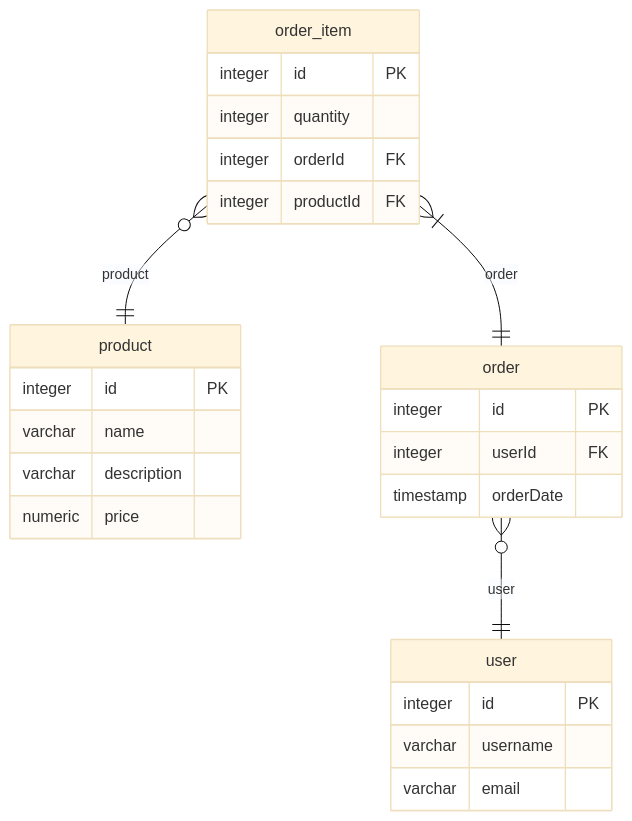
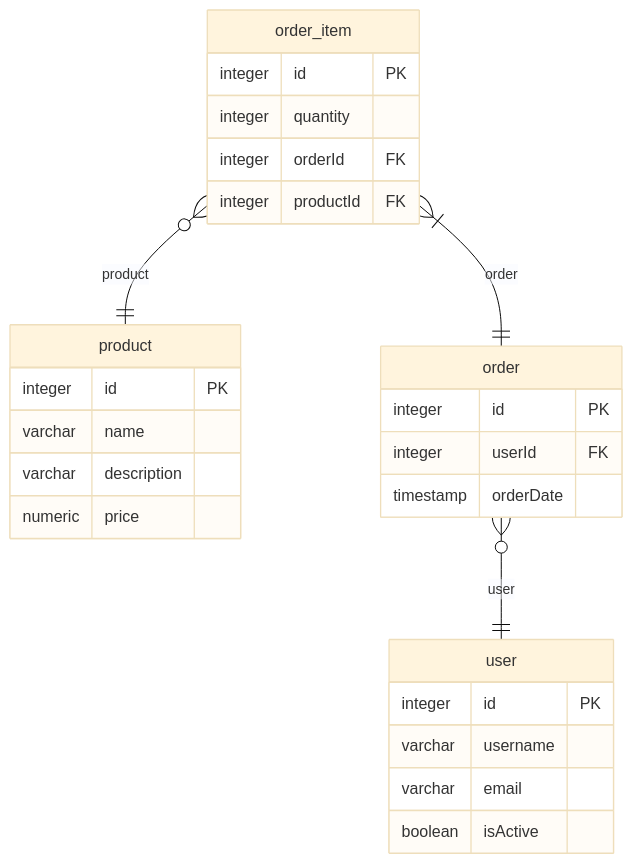
The second of 4 diagrams in test/test-nestjs-app/docs/postgres-erd.md (hermin9804/typeorm-markdown-generator), drawn with Mermaid (base theme) before and after one commit. The commit also changed other lines of this file and 10 other files, not shown here.

````diff
--- a/test/test-nestjs-app/docs/postgres-erd.md
+++ b/test/test-nestjs-app/docs/postgres-erd.md
@@ -62,28 +63,29 @@
 ```mermaid
 erDiagram
   product {
     integer id PK
     varchar name
     varchar description
     numeric price
   }
   order_item {
     integer id PK
     integer quantity
     integer orderId FK
     integer productId FK
   }
   order {
     integer id PK
     integer userId FK
     timestamp orderDate
   }
   user {
     integer id PK
     varchar username
     varchar email
+    boolean isActive
   }
   order_item }|--|| order: order
   order_item }o--|| product: product
   order }o--|| user: user
 ```
````
